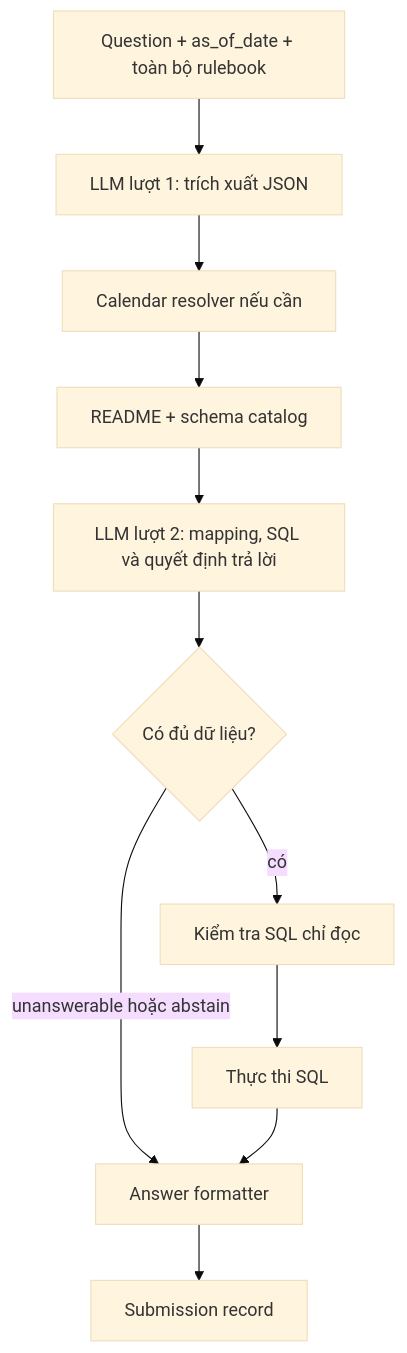
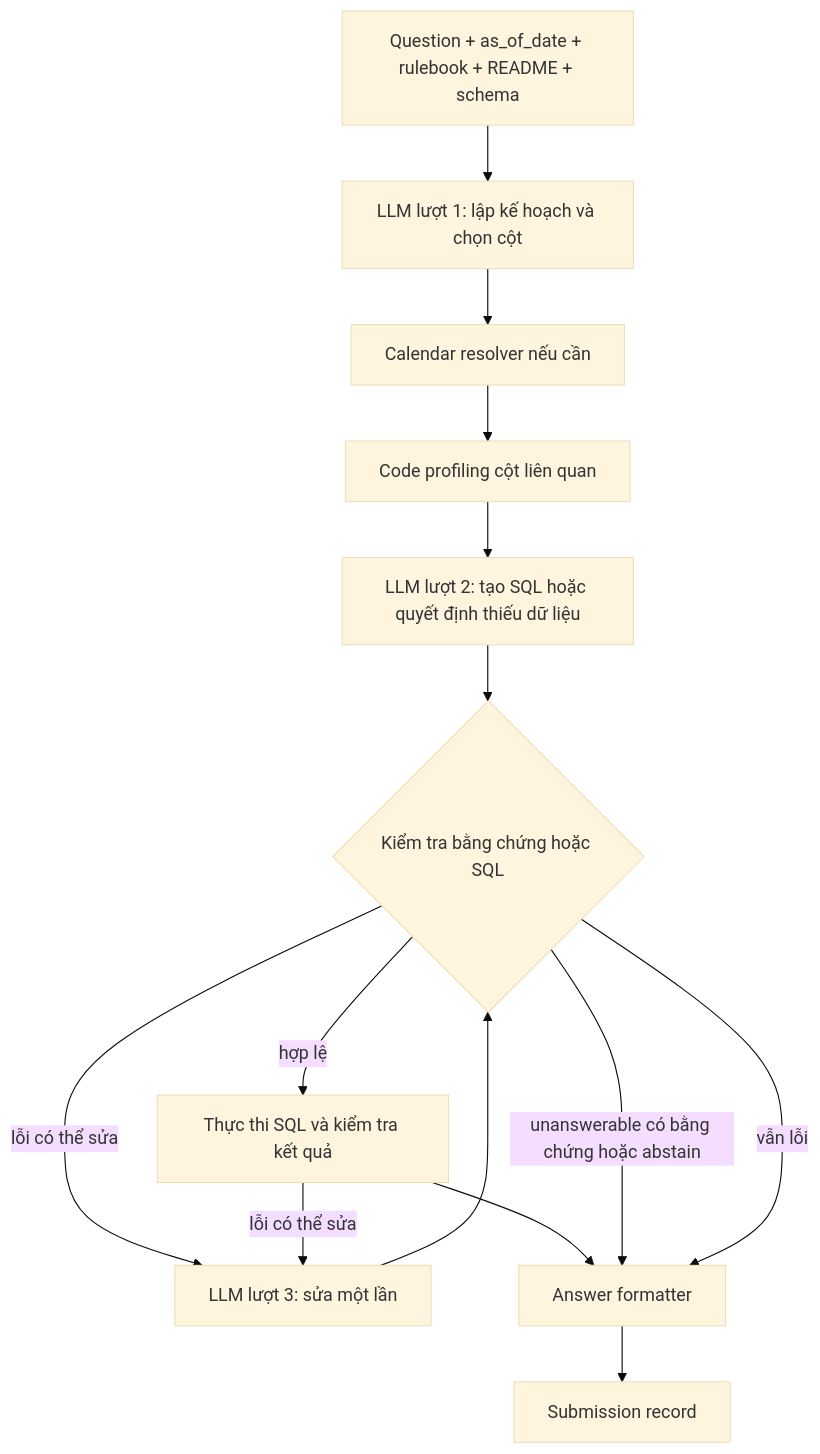
The fourth of 6 diagrams in docs/ARCHITECTURE.md (ToiLaKiet/datamate), drawn with Mermaid (base theme) before and after one commit. The commit also changed other lines of this file and 14 other files, not shown here.

Commit message:
profiling logic update, modalcompute maxtoken update, pipeline prompt optimizatiomschema creatiom

````diff
--- a/docs/ARCHITECTURE.md
+++ b/docs/ARCHITECTURE.md
@@ -48,13 +50,16 @@
 ```mermaid
 flowchart TD
-    A[Question + as_of_date + toàn bộ rulebook] --> B[LLM lượt 1: trích xuất JSON]
+    A[Question + as_of_date + rulebook + README + schema] --> B[LLM lượt 1: lập kế hoạch và chọn cột]
     B --> D[Calendar resolver nếu cần]
-    D --> E[README + schema catalog]
-    E --> F[LLM lượt 2: mapping, SQL và quyết định trả lời]
-    F --> K{Có đủ dữ liệu?}
-    K -->|unanswerable hoặc abstain| I[Answer formatter]
-    K -->|có| G[Kiểm tra SQL chỉ đọc]
-    G --> H[Thực thi SQL]
+    D --> E[Code profiling cột liên quan]
+    E --> F[LLM lượt 2: tạo SQL hoặc quyết định thiếu dữ liệu]
+    F --> K{Kiểm tra bằng chứng hoặc SQL}
+    K -->|hợp lệ| H[Thực thi SQL và kiểm tra kết quả]
+    K -->|lỗi có thể sửa| R[LLM lượt 3: sửa một lần]
+    H -->|lỗi có thể sửa| R
+    R --> K
     H --> I[Answer formatter]
+    K -->|unanswerable có bằng chứng hoặc abstain| I
+    K -->|vẫn lỗi| I
     I --> J[Submission record]
 ```
````
